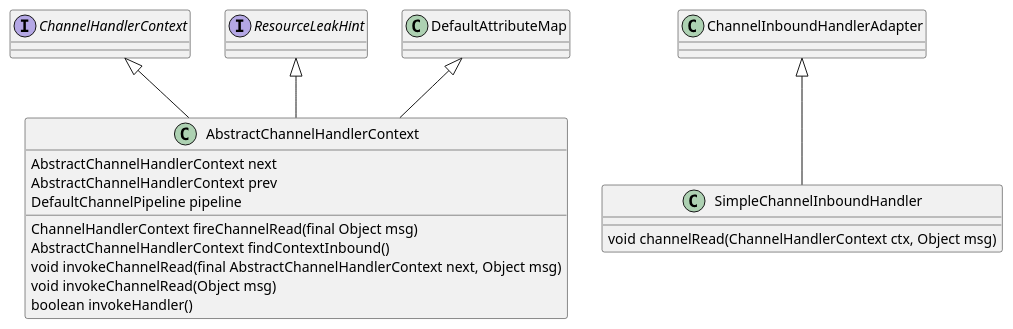
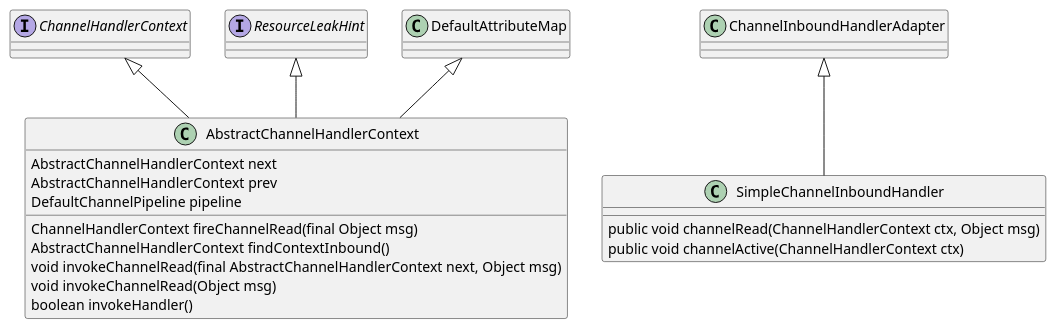
Before and after one commit to wiloon/blog: the diagram in content/post/archive-1/2013-11-17-netty.md, drawn with PlantUML. The commit also changed 7 other files, not shown here.

````diff
--- a/content/post/archive-1/2013-11-17-netty.md
+++ b/content/post/archive-1/2013-11-17-netty.md
@@ -27,25 +27,26 @@
 ```puml
 @startuml
 interface ChannelHandlerContext
 interface ResourceLeakHint
 class AbstractChannelHandlerContext {
   AbstractChannelHandlerContext next
   AbstractChannelHandlerContext prev
   DefaultChannelPipeline pipeline
   ChannelHandlerContext fireChannelRead(final Object msg)
   AbstractChannelHandlerContext findContextInbound()
   void invokeChannelRead(final AbstractChannelHandlerContext next, Object msg)
   void invokeChannelRead(Object msg)
   boolean invokeHandler()
 }
 DefaultAttributeMap<|--AbstractChannelHandlerContext
 ChannelHandlerContext<|--AbstractChannelHandlerContext
 ResourceLeakHint<|--AbstractChannelHandlerContext
 
 class SimpleChannelInboundHandler {
-  void channelRead(ChannelHandlerContext ctx, Object msg)
+  public void channelRead(ChannelHandlerContext ctx, Object msg)
+  public void channelActive(ChannelHandlerContext ctx)
 }
 ChannelInboundHandlerAdapter<|--SimpleChannelInboundHandler
 @enduml
 
 ```
````
